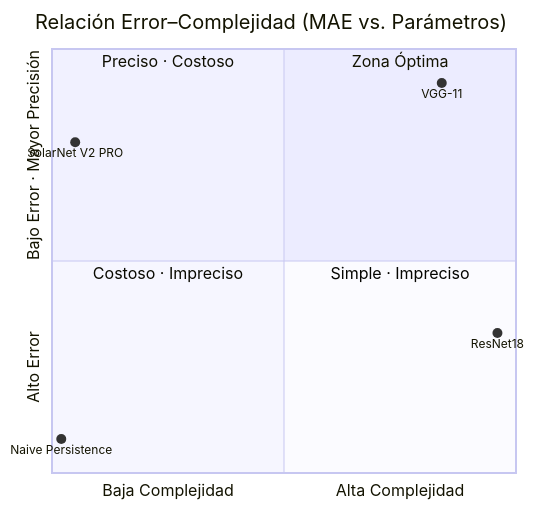
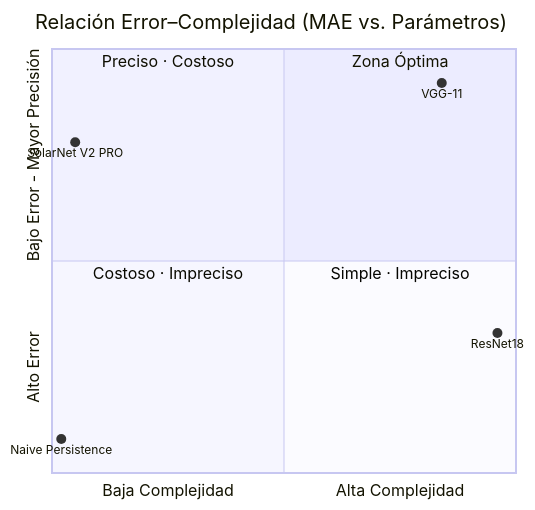
The diagram in RESEARCH_DOSSIER_MASTER.md (Alehcs/auralis), drawn with Mermaid before and after one commit.

Commit message:
fix in dossier

````diff
--- a/RESEARCH_DOSSIER_MASTER.md
+++ b/RESEARCH_DOSSIER_MASTER.md
@@ -421,14 +421,14 @@
 ```mermaid
 quadrantChart
     title Relación Error–Complejidad (MAE vs. Parámetros)
     x-axis Baja Complejidad --> Alta Complejidad
-    y-axis Alto Error --> Bajo Error · Mayor Precisión
+    y-axis Alto Error --> Bajo Error - Mayor Precisión
     quadrant-1 Zona Óptima
     quadrant-2 Preciso · Costoso
     quadrant-3 Costoso · Impreciso
     quadrant-4 Simple · Impreciso
     Naive Persistence: [0.02, 0.08]
     SolarNet V2 PRO: [0.05, 0.78]
     VGG-11: [0.84, 0.92]
     ResNet18: [0.96, 0.33]
 ```
````
